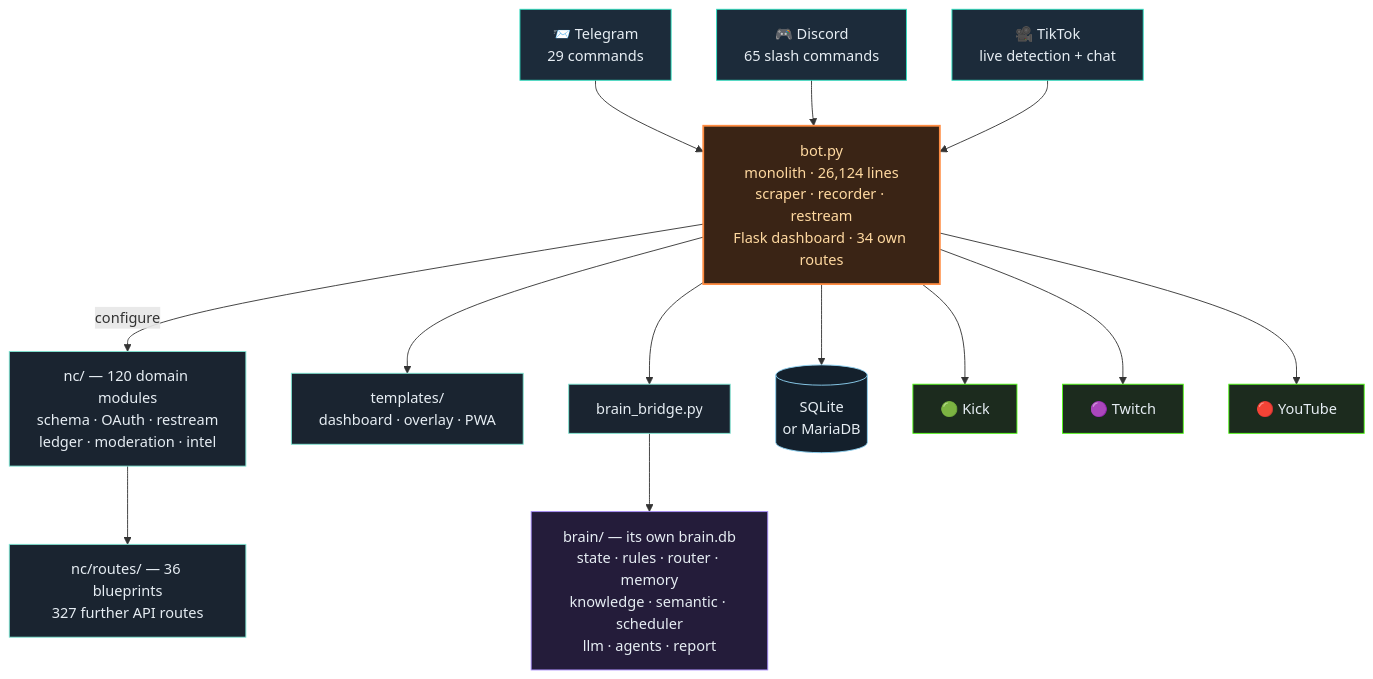
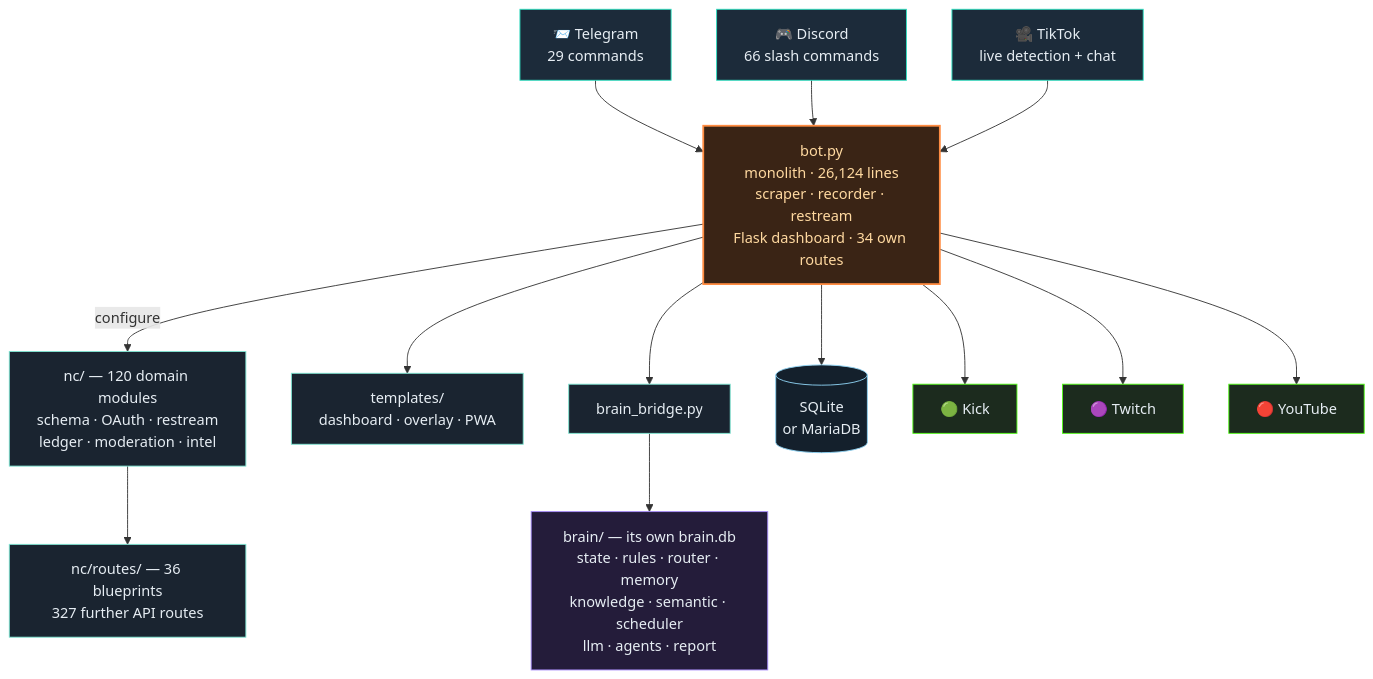
The third of 4 diagrams in README.en.md (itsamemedev/Telegram-Stream-Info-Bot), drawn with Mermaid before and after one commit. The commit also changed other lines of this file and 21 other files, not shown here.

````diff
--- a/README.en.md
+++ b/README.en.md
@@ -213,30 +213,30 @@
 ```mermaid
 flowchart TB
     TG["📨 Telegram<br/>29 commands"]:::ein
-    DC["🎮 Discord<br/>65 slash commands"]:::ein
+    DC["🎮 Discord<br/>66 slash commands"]:::ein
     TT["🎥 TikTok<br/>live detection + chat"]:::ein
 
     TG --> BOT
     DC --> BOT
     TT --> BOT
 
     BOT["bot.py<br/>monolith · 26,124 lines<br/>scraper · recorder · restream<br/>Flask dashboard · 34 own routes"]:::core
 
     BOT -->|configure| NC["nc/ — 120 domain modules<br/>schema · OAuth · restream<br/>ledger · moderation · intel"]:::lib
     NC --> RT["nc/routes/ — 36 blueprints<br/>327 further API routes"]:::lib
     BOT --> TPL["templates/<br/>dashboard · overlay · PWA"]:::lib
     BOT --> BR["brain_bridge.py"]:::lib
     BR --> BRAIN["brain/ — its own brain.db<br/>state · rules · router · memory<br/>knowledge · semantic · scheduler<br/>llm · agents · report"]:::brain
     BOT --> DB[("SQLite<br/>or MariaDB")]:::db
 
     BOT --> KICK["🟢 Kick"]:::out
     BOT --> TW["🟣 Twitch"]:::out
     BOT --> YT["🔴 YouTube"]:::out
 
     classDef ein fill:#1c2b3a,stroke:#2de1c2,color:#e6edf3
     classDef core fill:#3a2415,stroke:#ff8c42,stroke-width:2px,color:#ffd9a0
     classDef lib fill:#1a2430,stroke:#7fe7d4,color:#e6edf3
     classDef brain fill:#241c3a,stroke:#a78bfa,color:#e6edf3
     classDef db fill:#14202c,stroke:#8fd3f4,color:#e6edf3
     classDef out fill:#1c2b1e,stroke:#53fc18,color:#e6edf3
 ```
````
